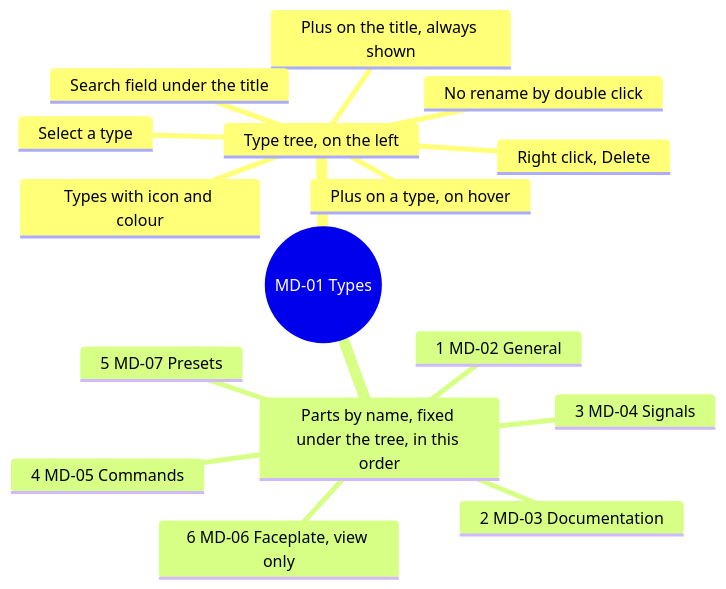
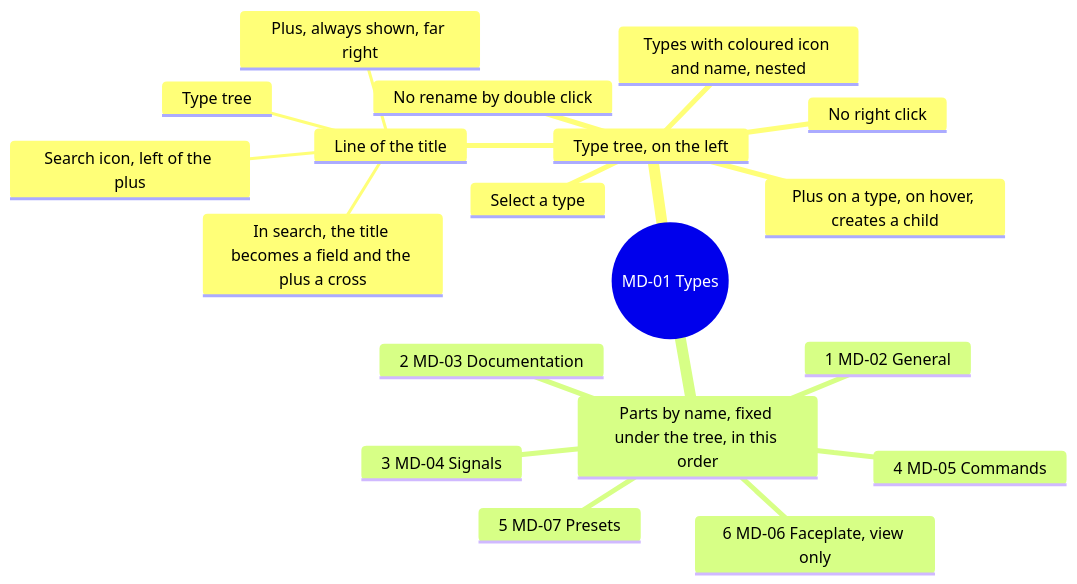
One commit to AlexandreGallais/synoptic-studio-spec changed the second of 16 diagrams in screens/metadata.md. Above: the diagram before and after it, drawn with Mermaid. The commit also changed other lines of this file and 13 other files, not shown here.

````diff
--- a/screens/metadata.md
+++ b/screens/metadata.md
@@ -40,19 +40,22 @@
 ```mermaid
 mindmap
   root((MD-01 Types))
     Type tree, on the left
-      Plus on the title, always shown
-      Search field under the title
-      Types with icon and colour
-      Plus on a type, on hover
+      Line of the title
+        Type tree
+        Search icon, left of the plus
+        Plus, always shown, far right
+        In search, the title becomes a field and the plus a cross
+      Types with coloured icon and name, nested
+      Plus on a type, on hover, creates a child
       Select a type
-      Right click, Delete
+      No right click
       No rename by double click
     Parts by name, fixed under the tree, in this order
       1 MD-02 General
       2 MD-03 Documentation
       3 MD-04 Signals
       4 MD-05 Commands
       5 MD-07 Presets
       6 MD-06 Faceplate, view only
 ```
````
